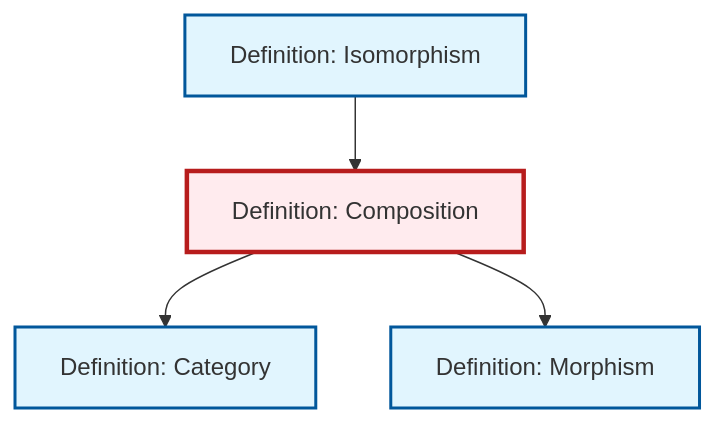
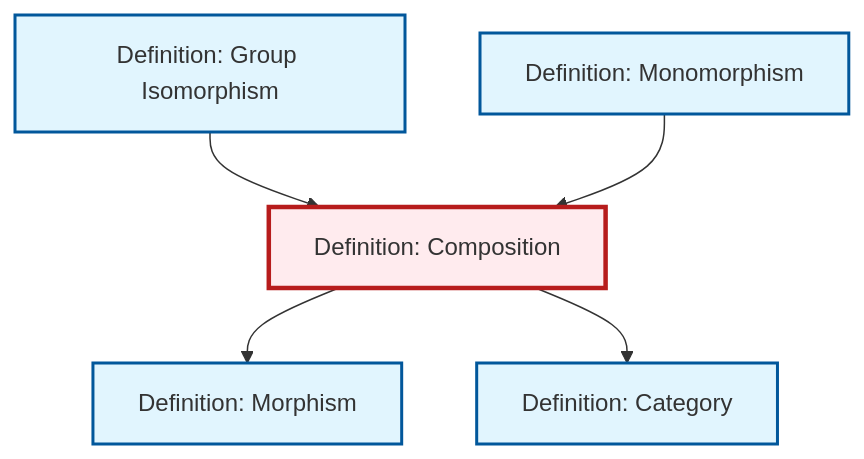
Before and after one commit to RK0429/ModernMath: the diagram in content/ja/category-theory/def-composition.qmd, drawn with Mermaid. The commit also changed other lines of this file and 581 other files, not shown here.

````diff
--- a/content/ja/category-theory/def-composition.qmd
+++ b/content/ja/category-theory/def-composition.qmd
@@ -93,20 +93,23 @@
 ```{mermaid}
 %%| fig-cap: "Local dependency graph"
 graph TD
     classDef definition fill:#e1f5fe,stroke:#01579b,stroke-width:2px
     classDef theorem fill:#f3e5f5,stroke:#4a148c,stroke-width:2px
     classDef axiom fill:#fff3e0,stroke:#e65100,stroke-width:2px
     classDef example fill:#e8f5e9,stroke:#1b5e20,stroke-width:2px
     classDef current fill:#ffebee,stroke:#b71c1c,stroke-width:3px
+    def-morphism["Definition: Morphism"]:::definition
     def-category["Definition: Category"]:::definition
-    def-isomorphism["Definition: Isomorphism"]:::definition
-    def-morphism["Definition: Morphism"]:::definition
+    def-monomorphism["Definition: Monomorphism"]:::definition
+    def-isomorphism["Definition: Group Isomorphism"]:::definition
     def-composition["Definition: Composition"]:::definition
+    def-composition --> def-morphism
     def-isomorphism --> def-composition
+    def-monomorphism --> def-composition
     def-composition --> def-category
-    def-composition --> def-morphism
     class def-composition current
+    click def-morphism "def-morphism.html" "Definition: Morphismへ"
     click def-category "def-category.html" "Definition: Categoryへ"
-    click def-isomorphism "def-isomorphism.html" "Definition: Isomorphismへ"
-    click def-morphism "def-morphism.html" "Definition: Morphismへ"
+    click def-monomorphism "def-monomorphism.html" "Definition: Monomorphismへ"
+    click def-isomorphism "def-isomorphism.html" "Definition: Group Isomorphismへ"
 ```
````
